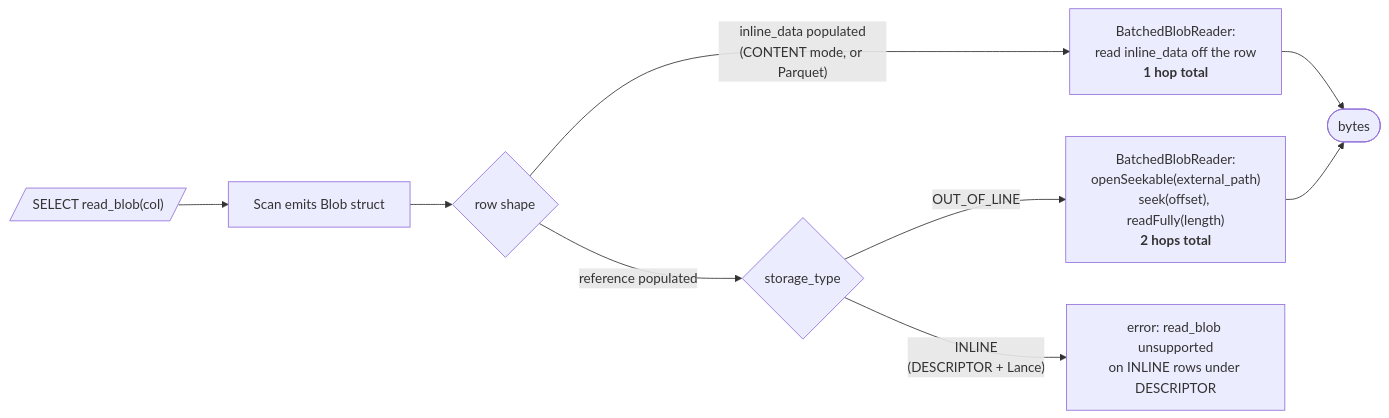
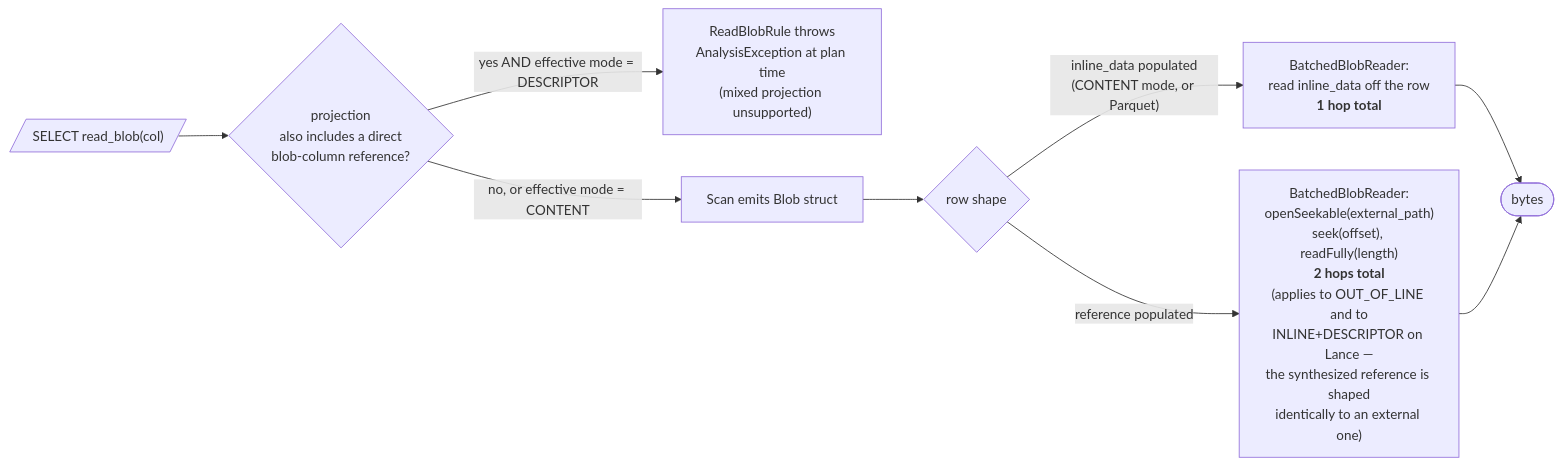
The second of 2 diagrams in rfc/rfc-100/rfc-100.md (apache/hudi), drawn with Mermaid before and after one commit. The commit also changed other lines of this file and 4 other files, not shown here.

Commit message:
align with ethan expectation for only throwing during mixed usage of read_blob, and directly selecting on blob column

````diff
--- a/rfc/rfc-100/rfc-100.md
+++ b/rfc/rfc-100/rfc-100.md
@@ -195,11 +199,11 @@
 ```mermaid
 flowchart LR
-    RB[/"SELECT read_blob(col)"/] --> Scan["Scan emits Blob struct"]
+    RB[/"SELECT read_blob(col)"/] --> PlanCheck{"projection<br/>also includes a direct<br/>blob-column reference?"}
+    PlanCheck -->|"yes AND effective mode = DESCRIPTOR"| Reject["ReadBlobRule throws<br/>AnalysisException at plan time<br/>(mixed projection unsupported)"]
+    PlanCheck -->|"no, or effective mode = CONTENT"| Scan["Scan emits Blob struct"]
     Scan --> Shape{"row shape"}
     Shape -->|"inline_data populated<br/>(CONTENT mode, or Parquet)"| Direct["BatchedBlobReader:<br/>read inline_data off the row<br/><b>1 hop total</b>"]
-    Shape -->|"reference populated"| Type{"storage_type"}
-    Type -->|"OUT_OF_LINE"| Indirect["BatchedBlobReader:<br/>openSeekable(external_path)<br/>seek(offset), readFully(length)<br/><b>2 hops total</b>"]
-    Type -->|"INLINE<br/>(DESCRIPTOR + Lance)"| Err["error: read_blob unsupported<br/>on INLINE rows under DESCRIPTOR"]
+    Shape -->|"reference populated"| Indirect["BatchedBlobReader:<br/>openSeekable(external_path)<br/>seek(offset), readFully(length)<br/><b>2 hops total</b><br/>(applies to OUT_OF_LINE and to<br/>INLINE+DESCRIPTOR on Lance —<br/>the synthesized reference is shaped<br/>identically to an external one)"]
     Direct --> Bytes(["bytes"])
     Indirect --> Bytes
 ```
````
